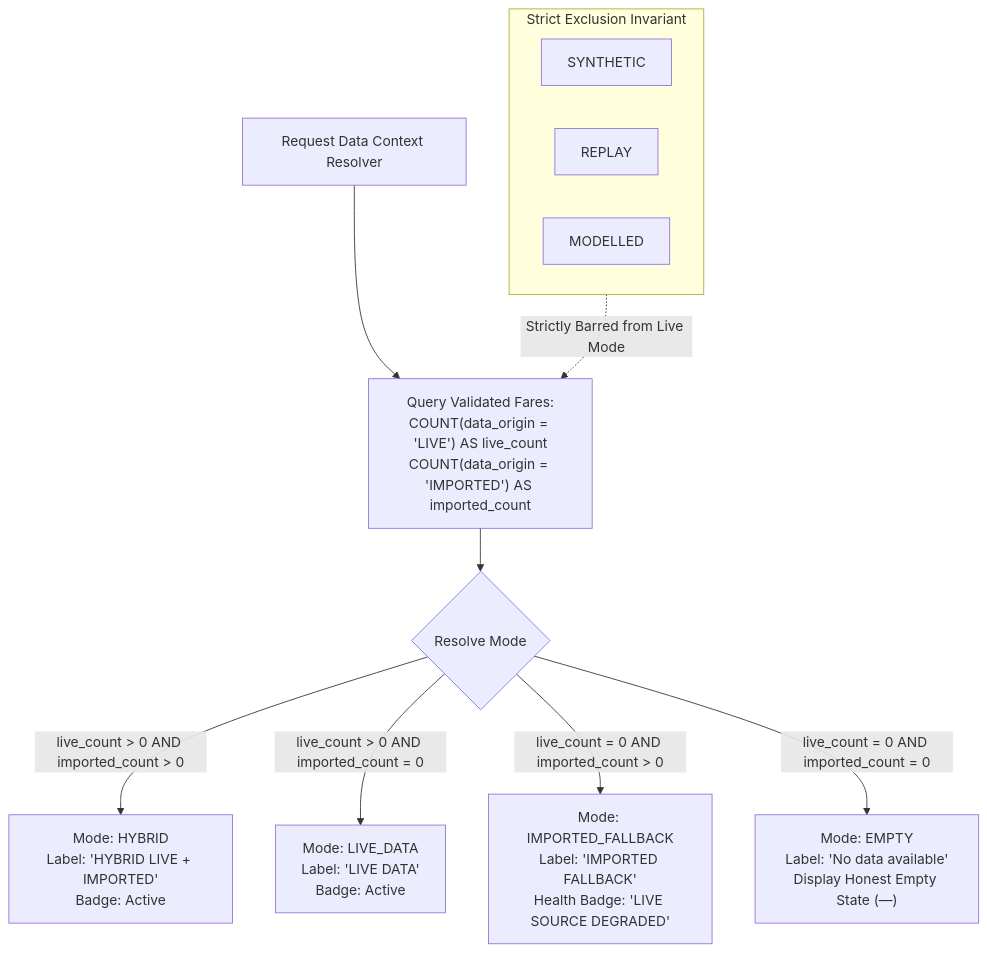
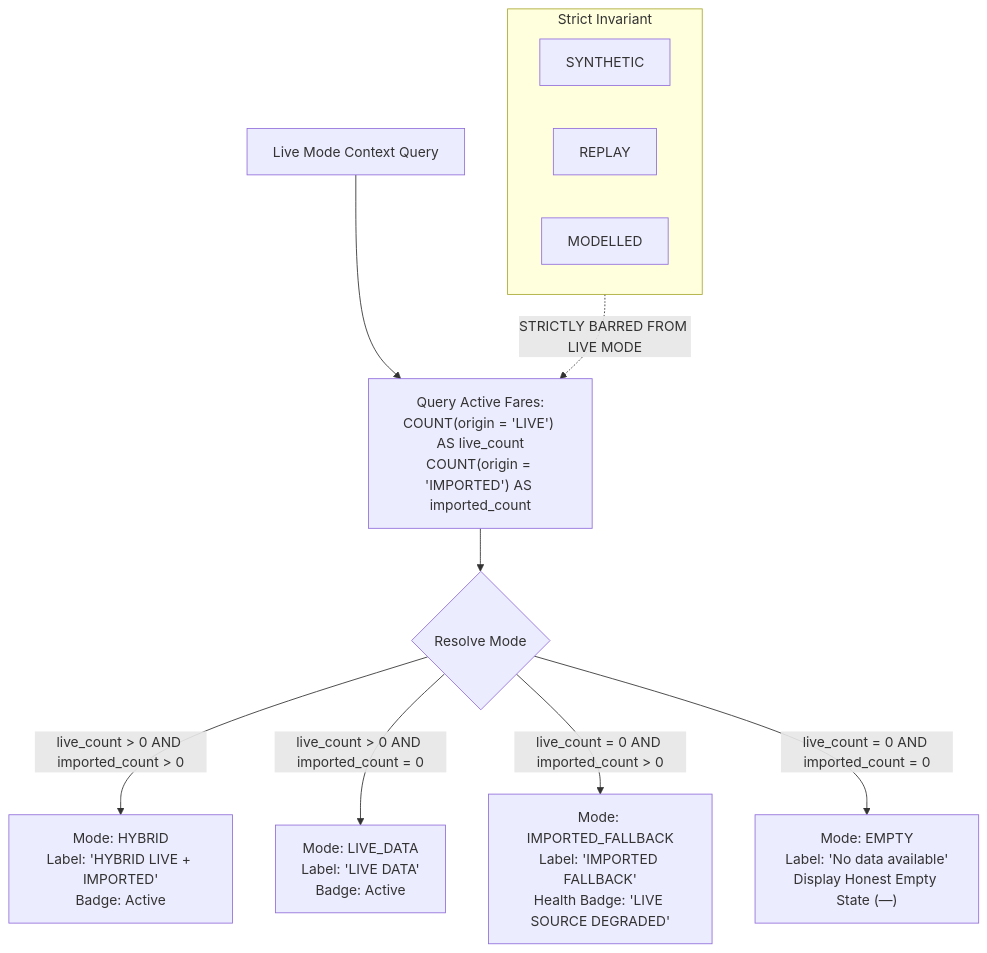
The third of 3 diagrams in README.md (DebadritNag/SIH56), drawn with Mermaid before and after one commit. The commit also changed other lines of this file, not shown here.

````diff
--- a/README.md
+++ b/README.md
@@ -936,18 +271,16 @@
 ```mermaid
 flowchart TD
-    Req["Request Data Context Resolver"] --> Query["Query Validated Fares:\nCOUNT(data_origin = 'LIVE') AS live_count\nCOUNT(data_origin = 'IMPORTED') AS imported_count"]
-    
-    Query --> Dec{Resolve Mode}
-    Dec -->|"live_count > 0 AND imported_count > 0"| M1["Mode: HYBRID\nLabel: 'HYBRID LIVE + IMPORTED'\nBadge: Active"]
-    Dec -->|"live_count > 0 AND imported_count = 0"| M2["Mode: LIVE_DATA\nLabel: 'LIVE DATA'\nBadge: Active"]
-    Dec -->|"live_count = 0 AND imported_count > 0"| M3["Mode: IMPORTED_FALLBACK\nLabel: 'IMPORTED FALLBACK'\nHealth Badge: 'LIVE SOURCE DEGRADED'"]
-    Dec -->|"live_count = 0 AND imported_count = 0"| M4["Mode: EMPTY\nLabel: 'No data available'\nDisplay Honest Empty State (—)"]
-    
-    subgraph Barred["Strict Exclusion Invariant"]
-        B1["SYNTHETIC"]
-        B2["REPLAY"]
-        B3["MODELLED"]
+    Start["Live Mode Context Query"] --> Count["Query Active Fares:\nCOUNT(origin = 'LIVE') AS live_count\nCOUNT(origin = 'IMPORTED') AS imported_count"]
+    Count --> Decision{Resolve Mode}
+    Decision -->|"live_count > 0 AND imported_count > 0"| Hybrid["Mode: HYBRID\nLabel: 'HYBRID LIVE + IMPORTED'\nBadge: Active"]
+    Decision -->|"live_count > 0 AND imported_count = 0"| LiveOnly["Mode: LIVE_DATA\nLabel: 'LIVE DATA'\nBadge: Active"]
+    Decision -->|"live_count = 0 AND imported_count > 0"| Fallback["Mode: IMPORTED_FALLBACK\nLabel: 'IMPORTED FALLBACK'\nHealth Badge: 'LIVE SOURCE DEGRADED'"]
+    Decision -->|"live_count = 0 AND imported_count = 0"| Empty["Mode: EMPTY\nLabel: 'No data available'\nDisplay Honest Empty State (—)"]
+
+    subgraph Exclusion["Strict Invariant"]
+        E1["SYNTHETIC"]
+        E2["REPLAY"]
+        E3["MODELLED"]
     end
-    
-    Barred -.->|"Strictly Barred from Live Mode"| Query
+    Exclusion -.->|"STRICTLY BARRED FROM LIVE MODE"| Count
 ```
````
